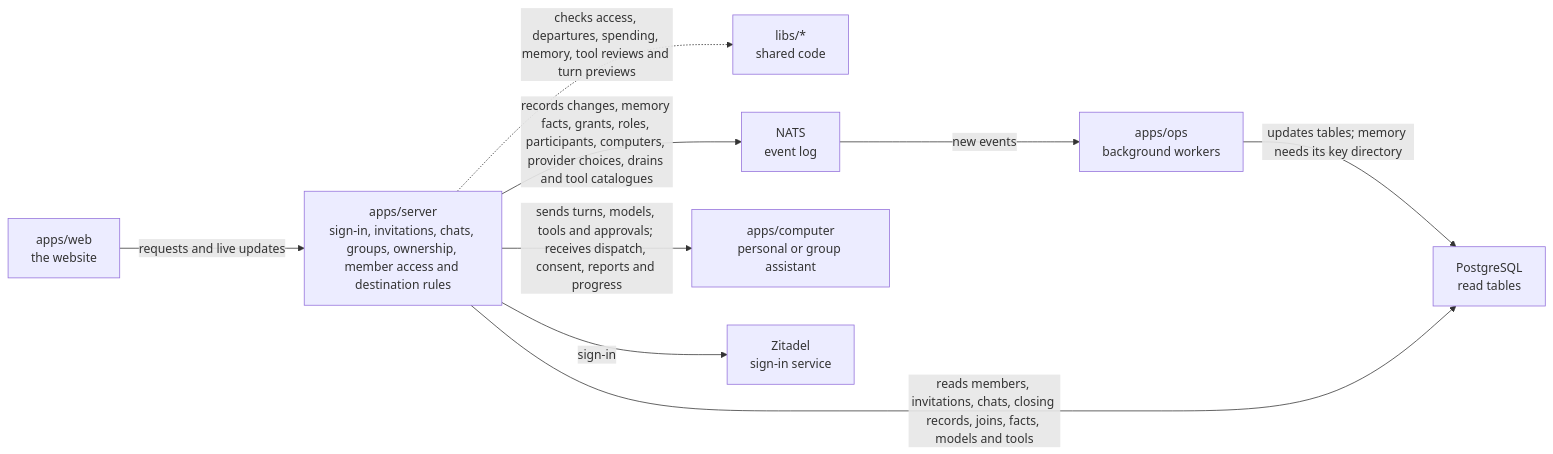
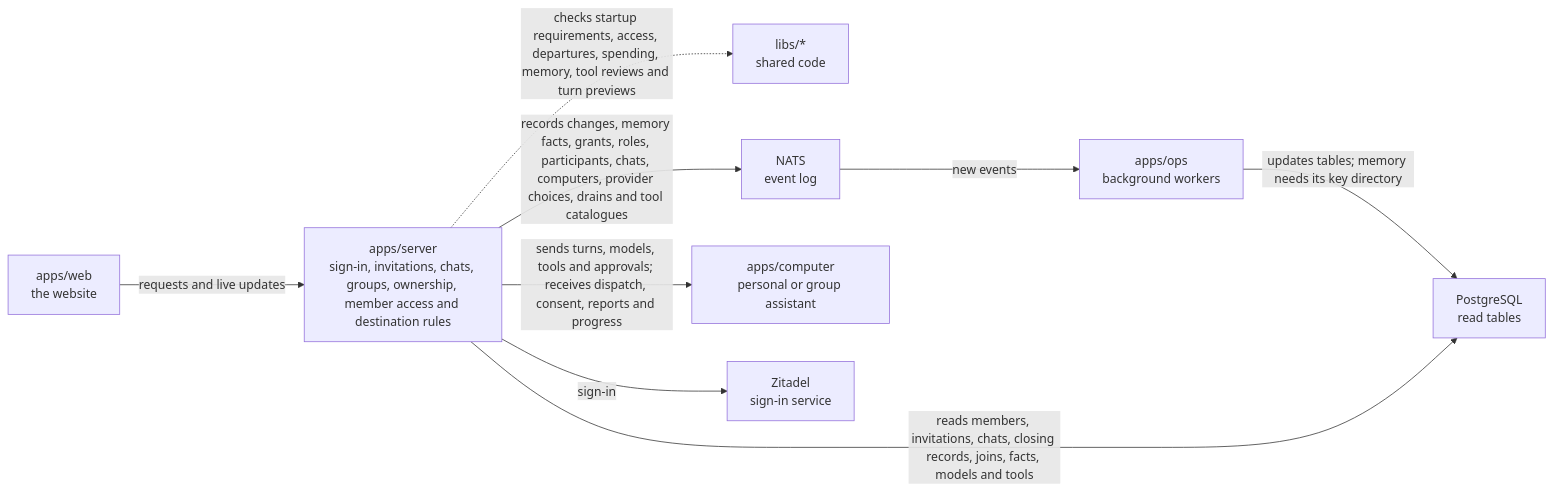
The diagram in apps/server/README.md (elewa-git/opencrane-new), drawn with Mermaid before and after one commit. The commit also changed other lines of this file and 22 other files, not shown here.

````diff
--- a/apps/server/README.md
+++ b/apps/server/README.md
@@ -11,11 +11,11 @@
 ```mermaid
 flowchart LR
   web["apps/web<br/>the website"] -->|requests and live updates| server["apps/server<br/>sign-in, invitations, chats, groups, ownership, member access and destination rules"]
-  server -.->|checks access, departures, spending, memory, tool reviews and turn previews| libs["libs/*<br/>shared code"]
-  server -->|records changes, memory facts, grants, roles, participants, computers, provider choices, drains and tool catalogues| nats["NATS<br/>event log"]
+  server -.->|checks startup requirements, access, departures, spending, memory, tool reviews and turn previews| libs["libs/*<br/>shared code"]
+  server -->|records changes, memory facts, grants, roles, participants, chats, computers, provider choices, drains and tool catalogues| nats["NATS<br/>event log"]
   nats -->|new events| ops["apps/ops<br/>background workers"]
   ops -->|updates tables; memory needs its key directory| postgres["PostgreSQL<br/>read tables"]
   server -->|reads members, invitations, chats, closing records, joins, facts, models and tools| postgres
   server -->|sends turns, models, tools and approvals; receives dispatch, consent, reports and progress| computer["apps/computer<br/>personal or group assistant"]
   server -->|sign-in| zitadel["Zitadel<br/>sign-in service"]
 ```
````
